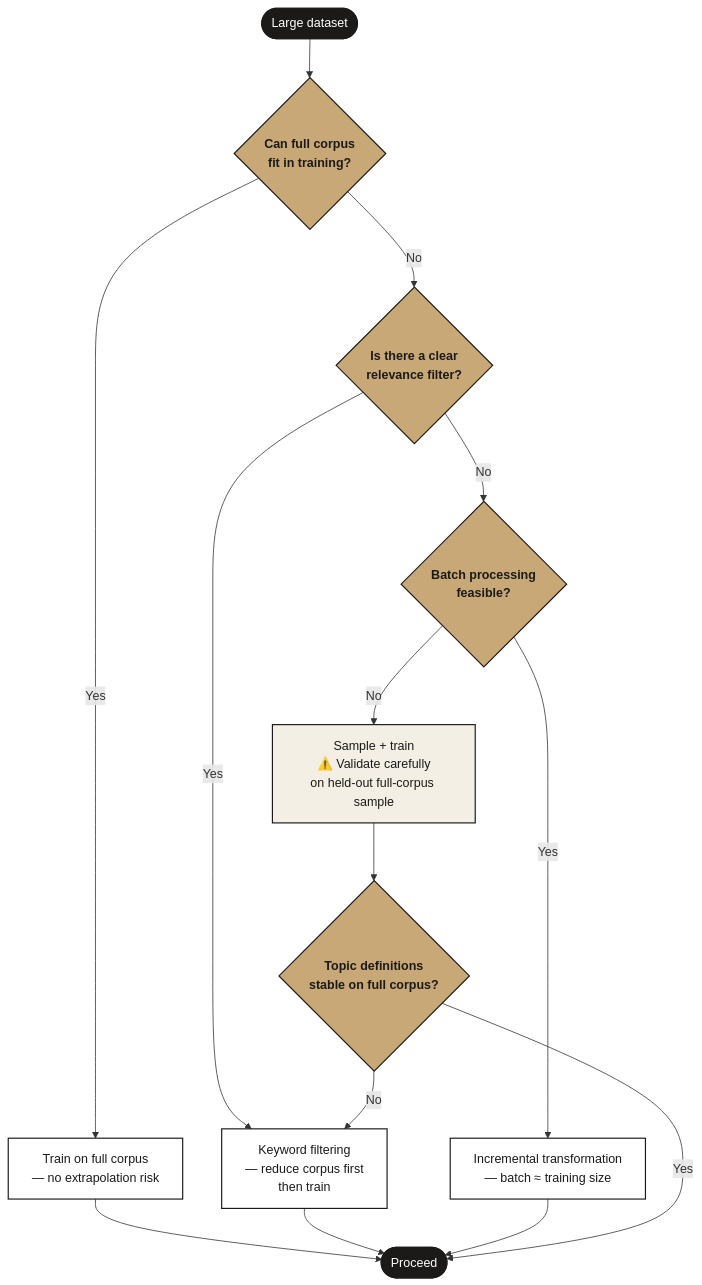
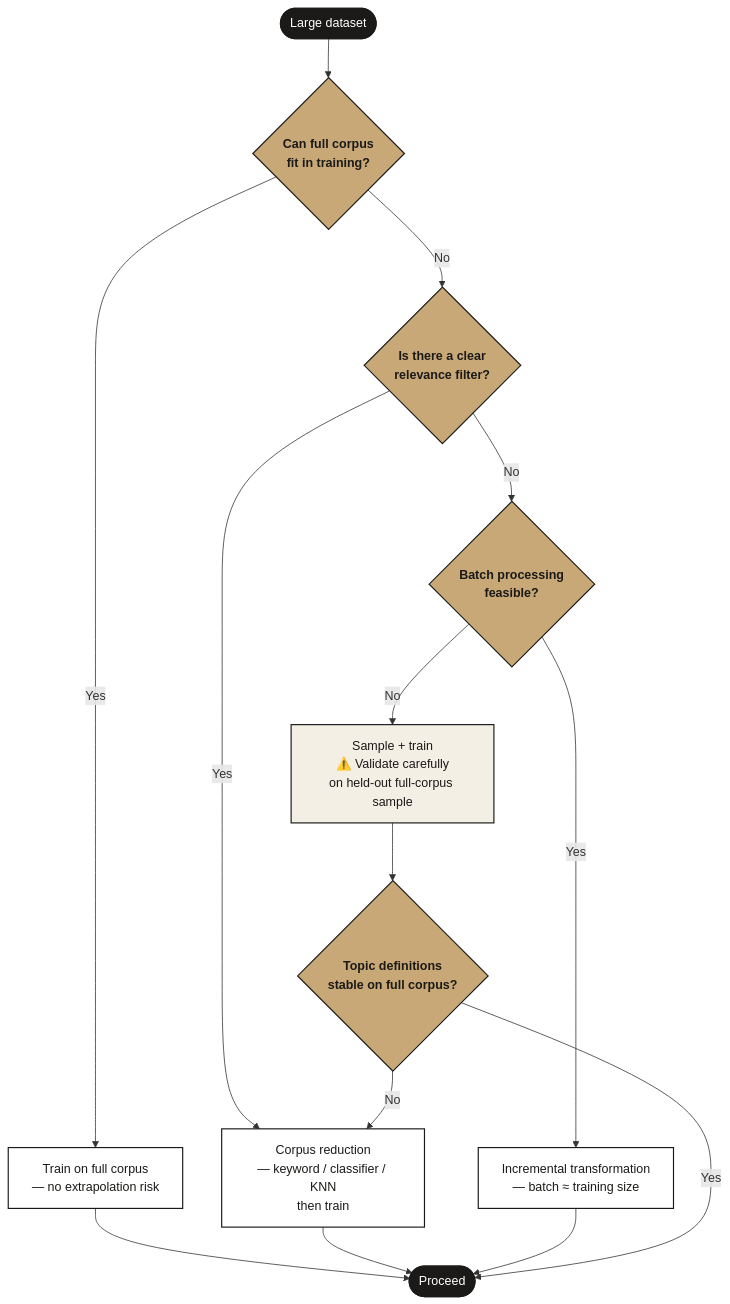
The diagram in docs/sampling/README.md (ay94/topic-modeling-recipes), drawn with Mermaid before and after one commit. The commit also changed other lines of this file, not shown here.

Commit message:
Reframe Solution 1 as corpus reduction — keyword, classifier, KNN, zero-shot all covered

````diff
--- a/docs/sampling/README.md
+++ b/docs/sampling/README.md
@@ -96,27 +95,27 @@
 ```mermaid
 flowchart TD
     A([Large dataset]) --> B{Can full corpus\nfit in training?}
     B -->|Yes| C["Train on full corpus\n— no extrapolation risk"]
     B -->|No| D{Is there a clear\nrelevance filter?}
-    D -->|Yes| E["Keyword filtering\n— reduce corpus first\nthen train"]
+    D -->|Yes| E["Corpus reduction\n— keyword / classifier / KNN\nthen train"]
     D -->|No| F{Batch processing\nfeasible?}
     F -->|Yes| G["Incremental transformation\n— batch ≈ training size"]
     F -->|No| H["Sample + train\n⚠️ Validate carefully\non held-out full-corpus sample"]
 
     C --> Z([Proceed])
     E --> Z
     G --> Z
     H --> I{Topic definitions\nstable on full corpus?}
     I -->|Yes| Z
     I -->|No| E
 
     classDef process fill:#ffffff,stroke:#1B1A18,stroke-width:1.5px,color:#1B1A18
     classDef decision fill:#C8A876,stroke:#1B1A18,stroke-width:1.5px,color:#1B1A18,font-weight:bold
     classDef terminal fill:#1B1A18,stroke:#1B1A18,color:#ffffff,stroke-width:1.5px
     classDef warning fill:#F4EFE5,stroke:#1B1A18,stroke-width:1.5px,color:#1B1A18
 
     class C,E,G process
     class B,D,F,I decision
     class A,Z terminal
     class H warning
 ```
````
